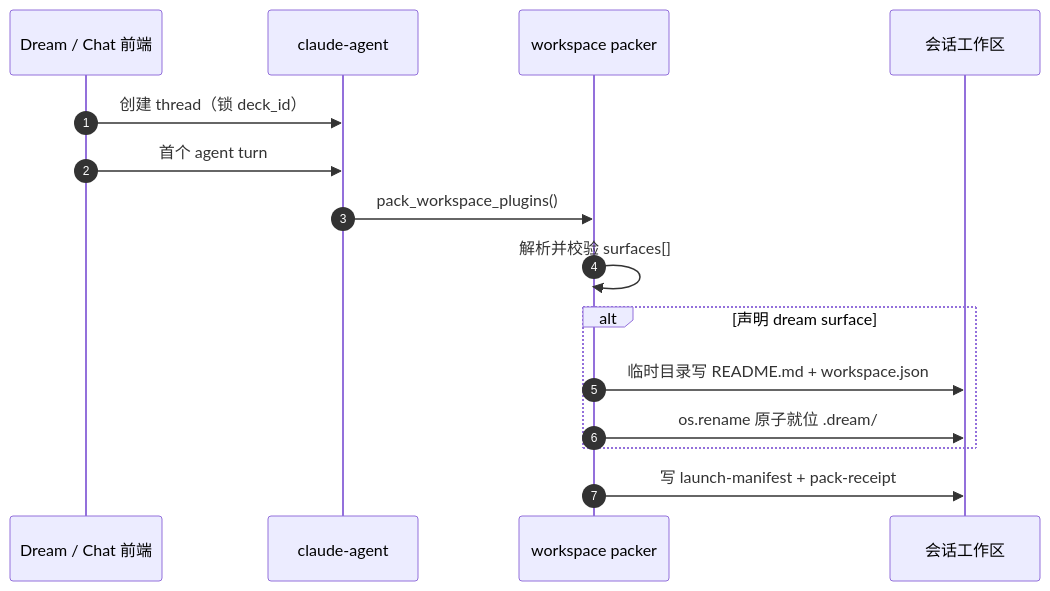
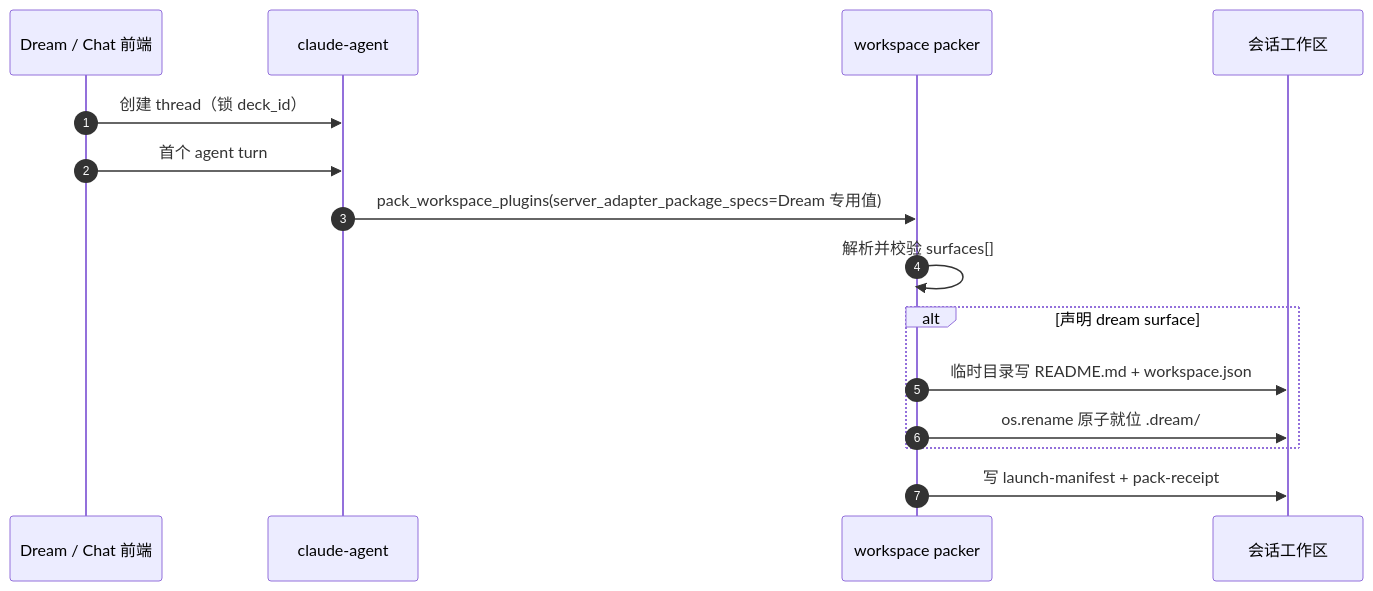
The first of 2 diagrams in docs/design/story-workspace/design_006_dream-protocol-dir-mapping.md (glide-the/im-dream), drawn with Mermaid before and after one commit. The commit also changed other lines of this file and 5 other files, not shown here.

Commit message:
docs(story-workspace): record Dream launch writer integration

````diff
--- a/docs/design/story-workspace/design_006_dream-protocol-dir-mapping.md
+++ b/docs/design/story-workspace/design_006_dream-protocol-dir-mapping.md
@@ -92,18 +104,18 @@
 ```mermaid
 sequenceDiagram
     autonumber
     participant FE as Dream / Chat 前端
     participant CA as claude-agent
     participant PK as workspace packer
     participant FS as 会话工作区
 
     FE->>CA: 创建 thread（锁 deck_id）
     FE->>CA: 首个 agent turn
-    CA->>PK: pack_workspace_plugins()
+    CA->>PK: pack_workspace_plugins(server_adapter_package_specs=Dream 专用值)
     PK->>PK: 解析并校验 surfaces[]
     alt 声明 dream surface
         PK->>FS: 临时目录写 README.md + workspace.json
         PK->>FS: os.rename 原子就位 .dream/
     end
     PK->>FS: 写 launch-manifest + pack-receipt
 ```
````
